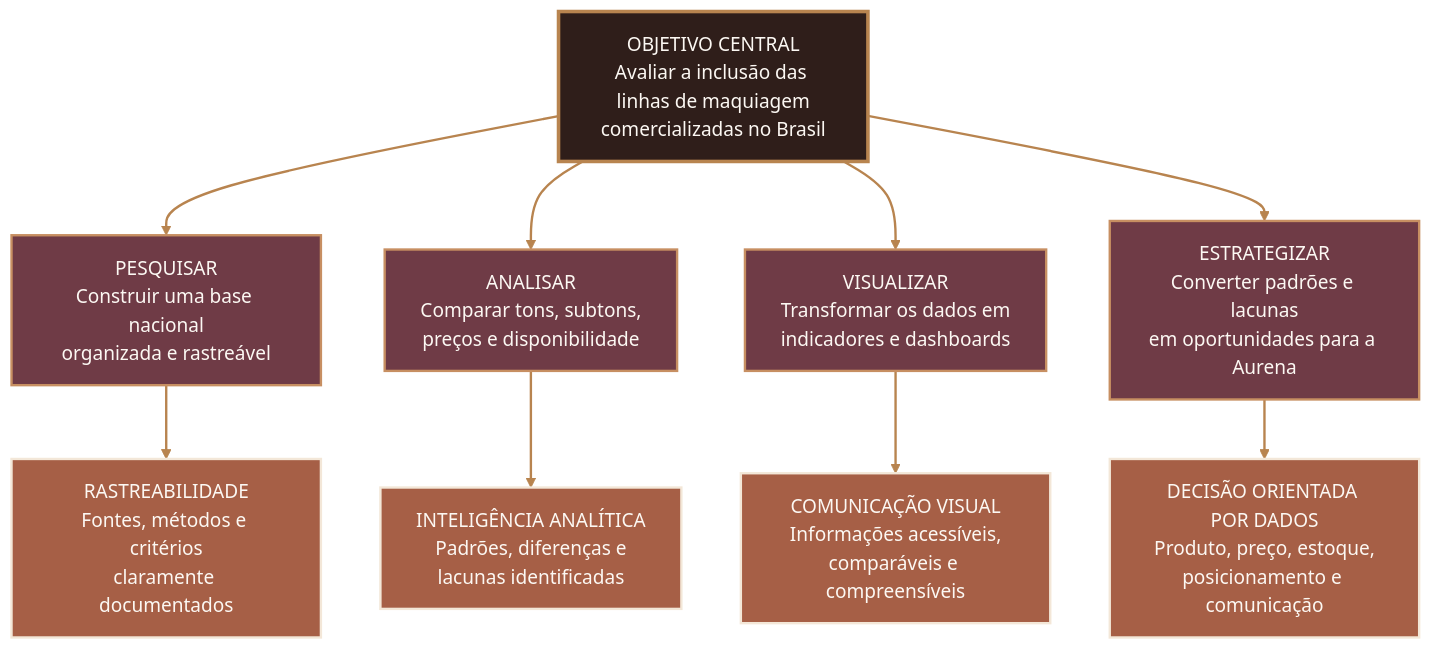
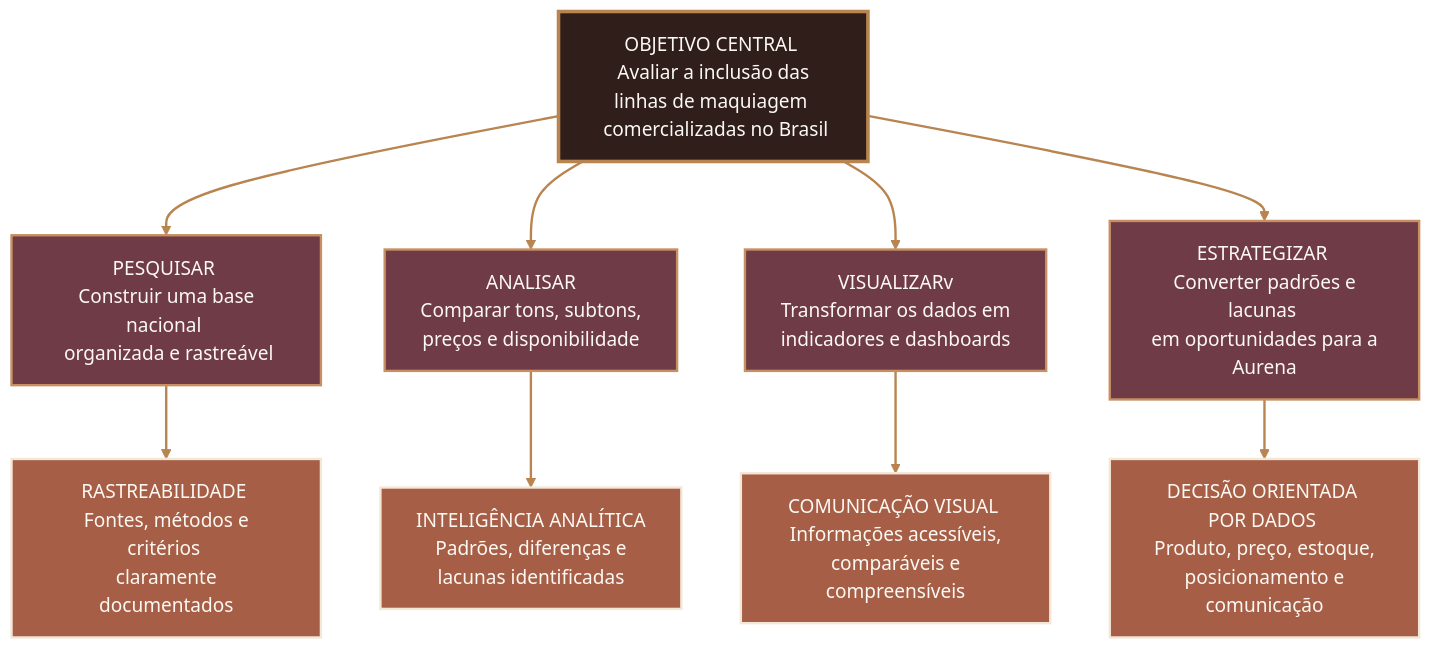
The fifth of 17 diagrams in README.md (Projeto-L-Oreal-Paris/Avanco-da-industria-da-maquiagem), drawn with Mermaid before and after one commit. The commit also changed other lines of this file, not shown here.

````diff
--- a/README.md
+++ b/README.md
@@ -795,30 +795,30 @@
 ```mermaid
 flowchart TB
-    O["OBJETIVO CENTRAL<br/>Avaliar a inclusão das linhas de maquiagem<br/>comercializadas no Brasil"]
+    O["OBJETIVO CENTRAL <br/> Avaliar a inclusão das linhas de maquiagem <br/> comercializadas no Brasil"]
 
-    O --> P["PESQUISAR<br/>Construir uma base nacional<br/>organizada e rastreável"]
+    O --> P["PESQUISAR <br/> Construir uma base nacional <br/> organizada e rastreável"]
 
-    O --> A["ANALISAR<br/>Comparar tons, subtons,<br/>preços e disponibilidade"]
+    O --> A["ANALISAR <br/> Comparar tons, subtons, <br/> preços e disponibilidade"]
 
-    O --> V["VISUALIZAR<br/>Transformar os dados em<br/>indicadores e dashboards"]
+    O --> V["VISUALIZARv <br/> Transformar os dados em <br/> indicadores e dashboards"]
 
-    O --> E["ESTRATEGIZAR<br/>Converter padrões e lacunas<br/>em oportunidades para a Aurena"]
+    O --> E["ESTRATEGIZAR <br/> Converter padrões e lacunas <br/> em oportunidades para a Aurena"]
 
-    P --> R["RASTREABILIDADE<br/>Fontes, métodos e critérios<br/>claramente documentados"]
+    P --> R["RASTREABILIDADE <br/> Fontes, métodos e critérios <br/> claramente documentados"]
 
-    A --> I["INTELIGÊNCIA ANALÍTICA<br/>Padrões, diferenças e<br/>lacunas identificadas"]
+    A --> I["INTELIGÊNCIA ANALÍTICA <br/> Padrões, diferenças e <br/> lacunas identificadas"]
 
-    V --> C["COMUNICAÇÃO VISUAL<br/>Informações acessíveis,<br/>comparáveis e compreensíveis"]
+    V --> C["COMUNICAÇÃO VISUAL <br/> Informações acessíveis, <br/> comparáveis e compreensíveis"]
 
-    E --> D["DECISÃO ORIENTADA POR DADOS<br/>Produto, preço, estoque,<br/>posicionamento e comunicação"]
+    E --> D["DECISÃO ORIENTADA POR DADOS <br/> Produto, preço, estoque, <br/> posicionamento e comunicação"]
 
     classDef central fill:#2F1E1A,stroke:#B8844F,color:#FCF8F3,stroke-width:3px;
     classDef movimento fill:#6F3B46,stroke:#C78F62,color:#FCF8F3,stroke-width:2px;
     classDef resultado fill:#A65F46,stroke:#F3E7D8,color:#FCF8F3,stroke-width:2px;
 
     class O central;
     class P,A,V,E movimento;
     class R,I,C,D resultado;
 
     linkStyle default stroke:#B8844F,stroke-width:2px;
 ```
````
